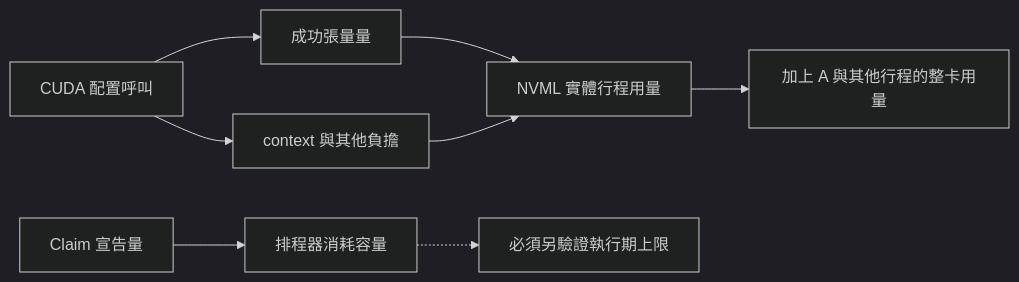
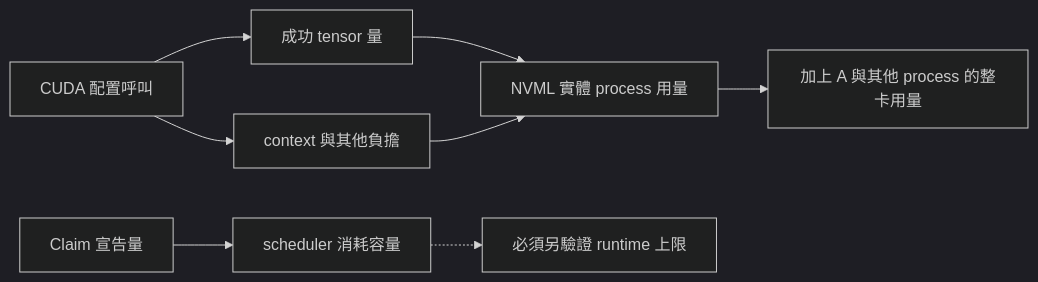
One commit to Daniel77871/dra-gpu-sharing-in-practice changed the diagram in book/04-isolation/results.md. Above: the diagram before and after it, drawn with Mermaid (dark theme). The commit also changed other lines of this file and 80 other files, not shown here.

````diff
--- a/book/04-isolation/results.md
+++ b/book/04-isolation/results.md
@@ -11,10 +11,10 @@
 ```mermaid
 flowchart LR
-    C["Claim 宣告量"] --> S["排程器消耗容量"]
-    P["CUDA 配置呼叫"] --> T["成功張量量"]
+    C["Claim 宣告量"] --> S["scheduler 消耗容量"]
+    P["CUDA 配置呼叫"] --> T["成功 tensor 量"]
     P --> O["context 與其他負擔"]
-    T --> N["NVML 實體行程用量"]
+    T --> N["NVML 實體 process 用量"]
     O --> N
-    S -.-> Q["必須另驗證執行期上限"]
-    N --> G["加上 A 與其他行程的整卡用量"]
+    S -.-> Q["必須另驗證 runtime 上限"]
+    N --> G["加上 A 與其他 process 的整卡用量"]
 ```
````
